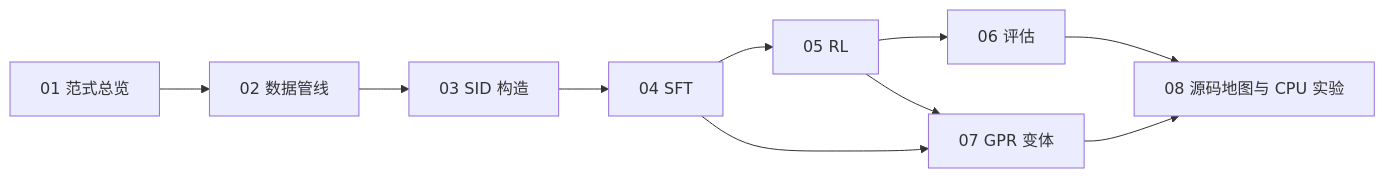
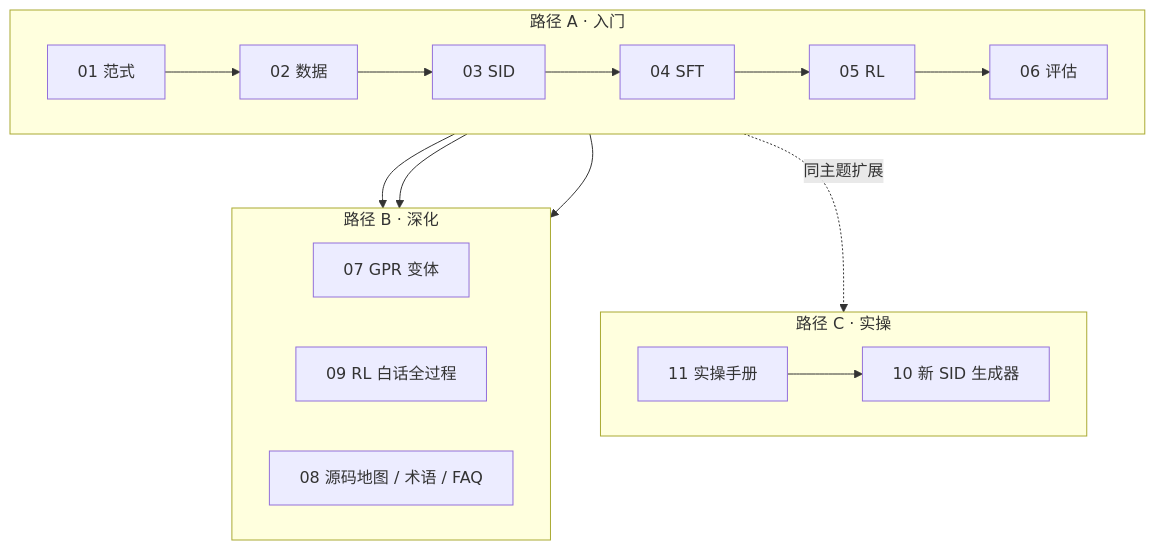
Before and after one commit to Yufan0406/MiniOneRec-learning: the first of 3 diagrams in docs/README.md, drawn with Mermaid. The commit also changed other lines of this file and 10 other files, not shown here.

````diff
--- a/docs/README.md
+++ b/docs/README.md
@@ -14,12 +19,21 @@
 ```mermaid
-flowchart LR
-    A[01 范式总览] --> B[02 数据管线]
-    B --> C[03 SID 构造]
-    C --> D[04 SFT]
-    D --> E[05 RL]
-    E --> F[06 评估]
-    D --> G[07 GPR 变体]
-    E --> G
-    F --> H[08 源码地图与 CPU 实验]
-    G --> H
+flowchart TB
+    subgraph A[路径 A · 入门]
+        direction LR
+        A1[01 范式] --> A2[02 数据] --> A3[03 SID] --> A4[04 SFT] --> A5[05 RL] --> A6[06 评估]
+    end
+    subgraph C[路径 C · 实操]
+        direction LR
+        C1[11 实操手册] --> C2[10 新 SID 生成器]
+    end
+    subgraph B[路径 B · 深化]
+        direction LR
+        B1[07 GPR 变体]
+        B2[09 RL 白话全过程]
+        B3[08 源码地图 / 术语 / FAQ]
+    end
+    A3 -.同主题扩展.-> C2
+    A3 --> B1
+    A5 --> B2
+    A6 --> B3
 ```
````
